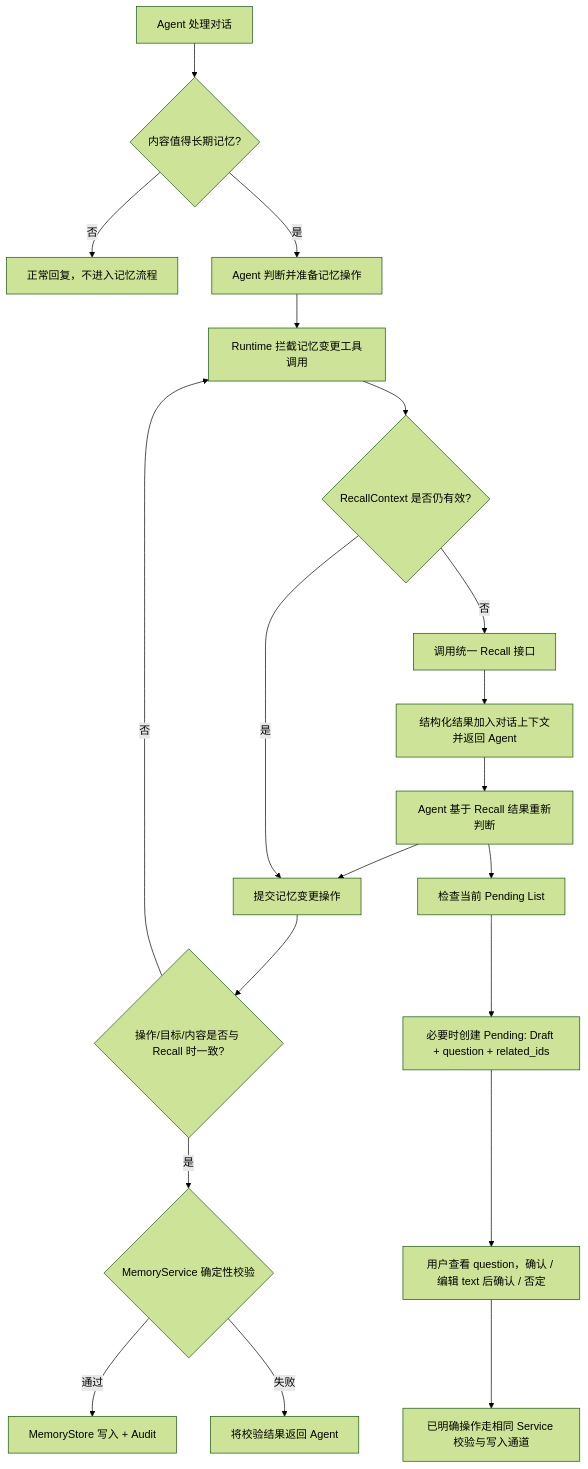
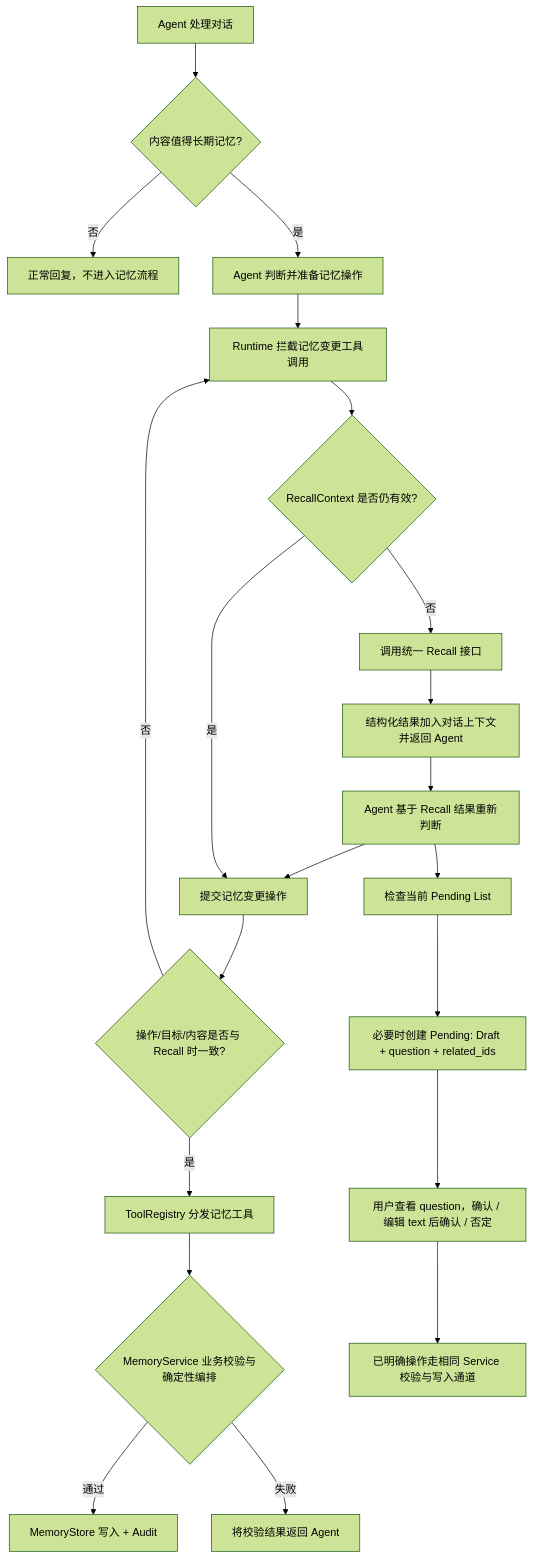
Before and after one commit to Shardkiht/syvrio: the first of 2 diagrams in docs/memory-design-2026-11-18.md, drawn with Mermaid (forest theme). The commit also changed other lines of this file, not shown here.

Commit message:
docs(memory): finalize runtime registry service responsibility boundaries

````diff
--- a/docs/memory-design-2026-11-18.md
+++ b/docs/memory-design-2026-11-18.md
@@ -266,22 +267,23 @@
 ```mermaid
 flowchart TD
     A[Agent 处理对话] --> B{内容值得长期记忆?}
     B -- 否 --> Z[正常回复，不进入记忆流程]
     B -- 是 --> C[Agent 判断并准备记忆操作]
     C --> D[Runtime 拦截记忆变更工具调用]
     D --> E{RecallContext 是否仍有效?}
     E -- 否 --> F[调用统一 Recall 接口]
     F --> G[结构化结果加入对话上下文并返回 Agent]
     G --> H[Agent 基于 Recall 结果重新判断]
     H --> I[提交记忆变更操作]
     E -- 是 --> I
     I --> J{操作/目标/内容是否与 Recall 时一致?}
     J -- 否 --> D
-    J -- 是 --> K{MemoryService 确定性校验}
+    J -- 是 --> R[ToolRegistry 分发记忆工具]
+    R --> K{MemoryService 业务校验与确定性编排}
     K -- 通过 --> L[MemoryStore 写入 + Audit]
     K -- 失败 --> M[将校验结果返回 Agent]
     H --> Q[检查当前 Pending List]
     Q --> P[必要时创建 Pending: Draft + question + related_ids]
     P --> U[用户查看 question，确认 / 编辑 text 后确认 / 否定]
     U --> V[已明确操作走相同 Service 校验与写入通道]
 ```
````
